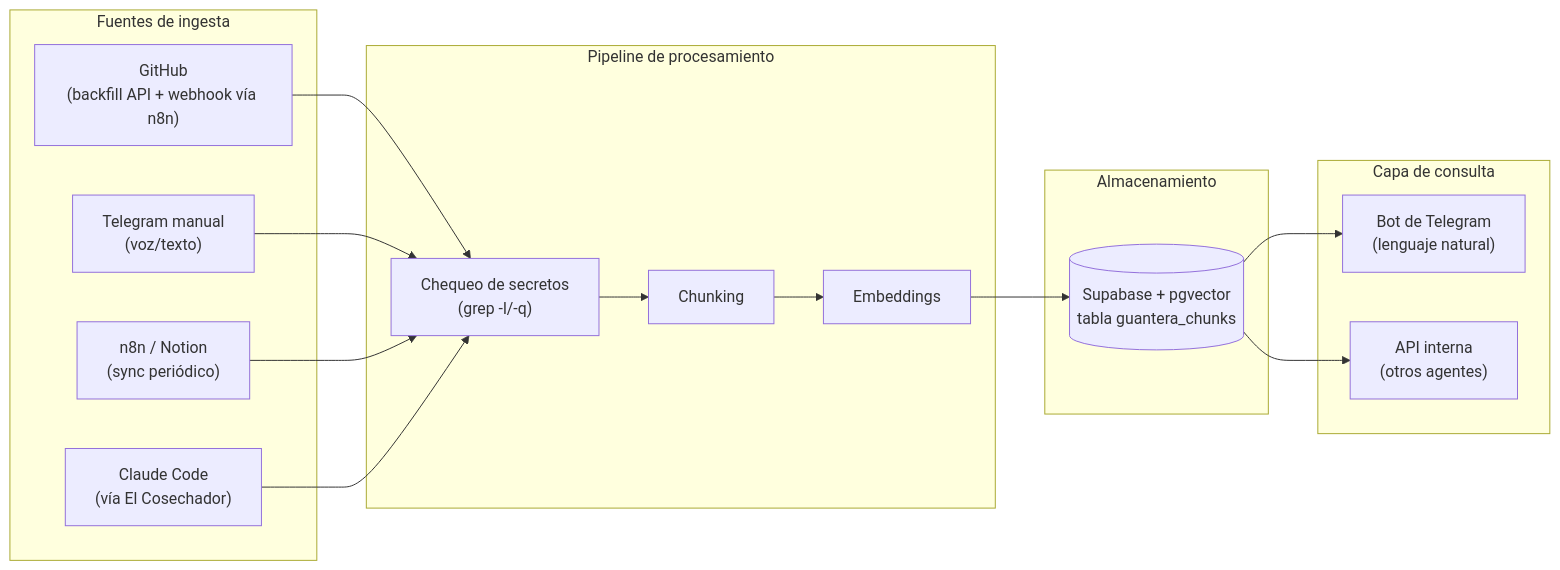
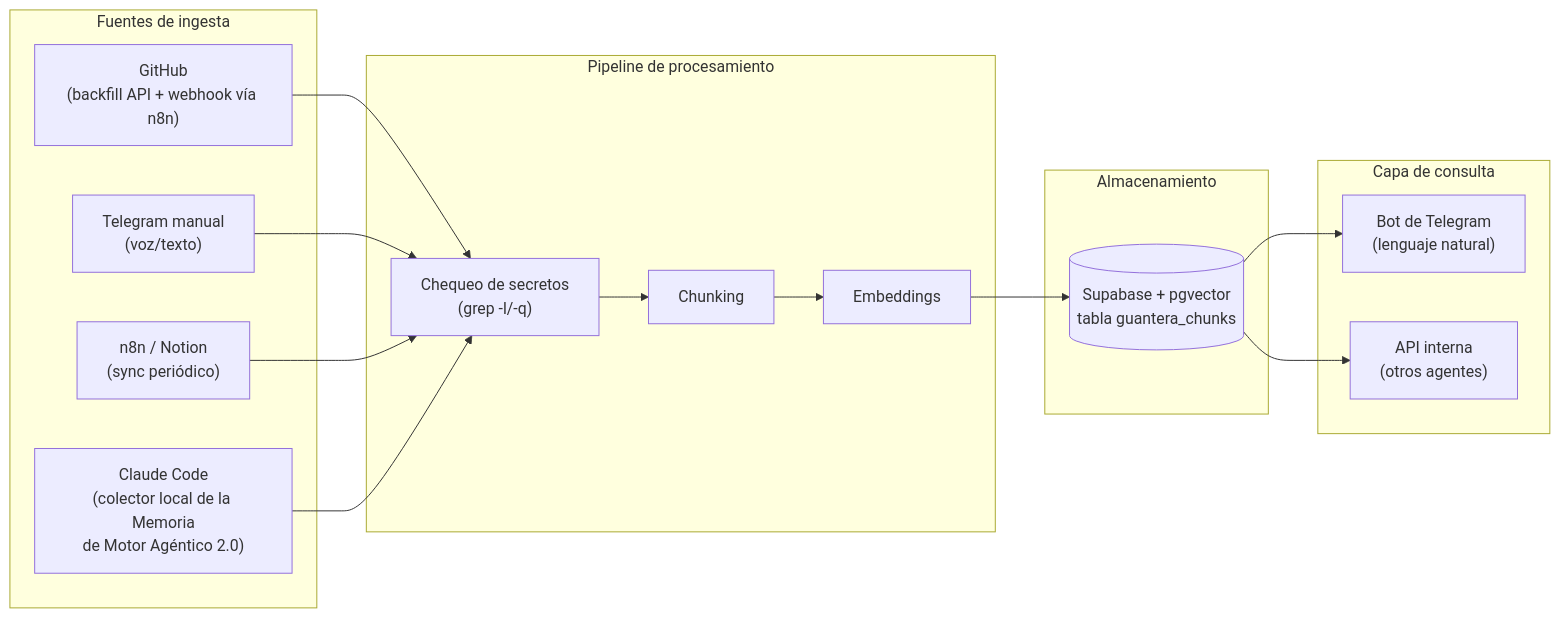
Before and after one commit to JuanIA-sketch/la-guantera: the diagram in docs/BRIEF.md, drawn with Mermaid. The commit also changed other lines of this file and 22 other files, not shown here.

````diff
--- a/docs/BRIEF.md
+++ b/docs/BRIEF.md
@@ -30,33 +30,33 @@
 ```mermaid
 flowchart LR
     subgraph Fuentes["Fuentes de ingesta"]
         GH["GitHub<br/>(backfill API + webhook vía n8n)"]
         TG["Telegram manual<br/>(voz/texto)"]
         NN["n8n / Notion<br/>(sync periódico)"]
-        CC["Claude Code<br/>(vía El Cosechador)"]
+        CC["Claude Code<br/>(colector local de la Memoria<br/>de Motor Agéntico 2.0)"]
     end
 
     subgraph Pipeline["Pipeline de procesamiento"]
         SEC["Chequeo de secretos<br/>(grep -l/-q)"]
         CH["Chunking"]
         EM["Embeddings"]
     end
 
     subgraph Almacen["Almacenamiento"]
         SB[("Supabase + pgvector<br/>tabla guantera_chunks")]
     end
 
     subgraph Consulta["Capa de consulta"]
         BOT["Bot de Telegram<br/>(lenguaje natural)"]
         API["API interna<br/>(otros agentes)"]
     end
 
     GH --> SEC
     TG --> SEC
     NN --> SEC
     CC --> SEC
     SEC --> CH
     CH --> EM --> SB
     SB --> BOT
     SB --> API
 ```
````
